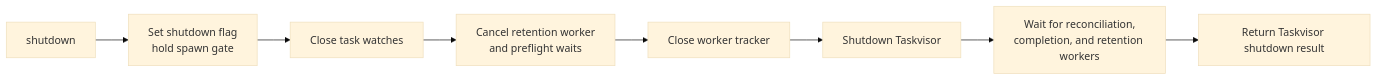
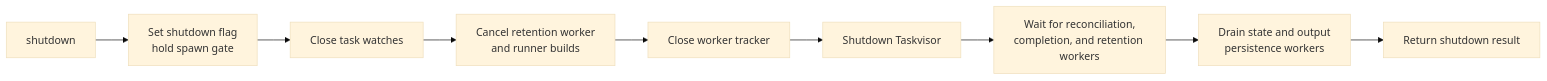
One commit to soltiHQ/sdk changed the eighth of 8 diagrams in crates/solti-core/ARCHITECTURE.md. Above: the diagram before and after it, drawn with Mermaid (base theme). The commit also changed other lines of this file and 222 other files, not shown here.

````diff
--- a/crates/solti-core/ARCHITECTURE.md
+++ b/crates/solti-core/ARCHITECTURE.md
@@ -446,20 +731,22 @@
 ```mermaid
 %%{init: {"flowchart": {"curve": "linear"}}}%%
 flowchart LR
     Start["shutdown"]
     Fence["Set shutdown flag<br/>hold spawn gate"]
     Watches["Close task watches"]
-    Retention["Cancel retention worker<br/>and preflight waits"]
+    Retention["Cancel retention worker<br/>and runner builds"]
     Tracker["Close worker tracker"]
     Runtime["Shutdown Taskvisor"]
     Drain["Wait for reconciliation,<br/>completion, and retention workers"]
-    Result["Return Taskvisor shutdown result"]
+    Persistence["Drain state and output<br/>persistence workers"]
+    Result["Return shutdown result"]
 
     Start --> Fence
     Fence --> Watches
     Watches --> Retention
     Retention --> Tracker
     Tracker --> Runtime
     Runtime --> Drain
-    Drain --> Result
+    Drain --> Persistence
+    Persistence --> Result
 ```
````
